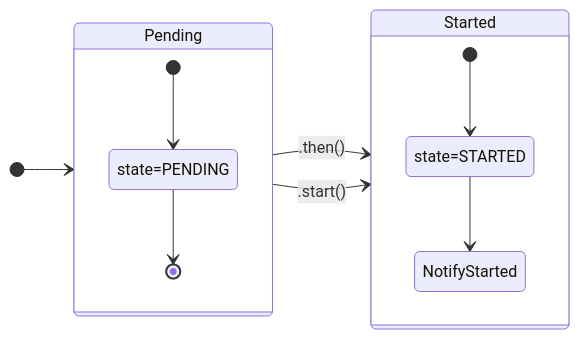
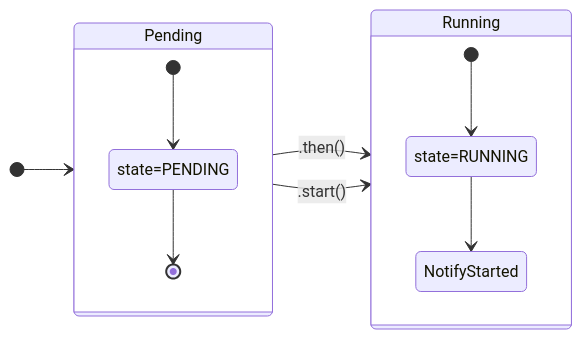
One commit to BobKerns/better-future changed the diagram in src/assets/never.mmd. Above: the diagram before and after it, drawn with Mermaid. The commit also changed 12 other files, not shown here.

Commit message:
Rename STARTED to RUNNING

```diff
--- a/src/assets/never.mmd
+++ b/src/assets/never.mmd
@@ -1,15 +1,15 @@
 stateDiagram-v2
     direction LR
     [*] --> Pending
-    Pending --> Started : .then()
-    Pending --> Started : .start()
+    Pending --> Running : .then()
+    Pending --> Running : .start()
 
     state Pending {
       [*] --> state=PENDING
       state=PENDING --> [*]
     }
 
-    state Started {
-      [*] --> state=STARTED
-      state=STARTED --> NotifyStarted
+    state Running {
+      [*] --> state=RUNNING
+      state=RUNNING --> NotifyStarted
     }
```
